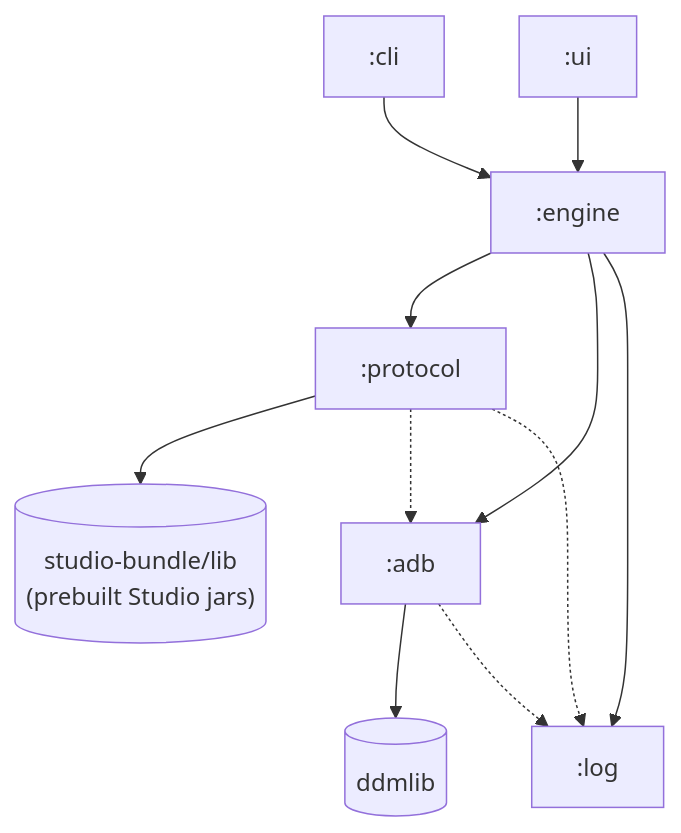
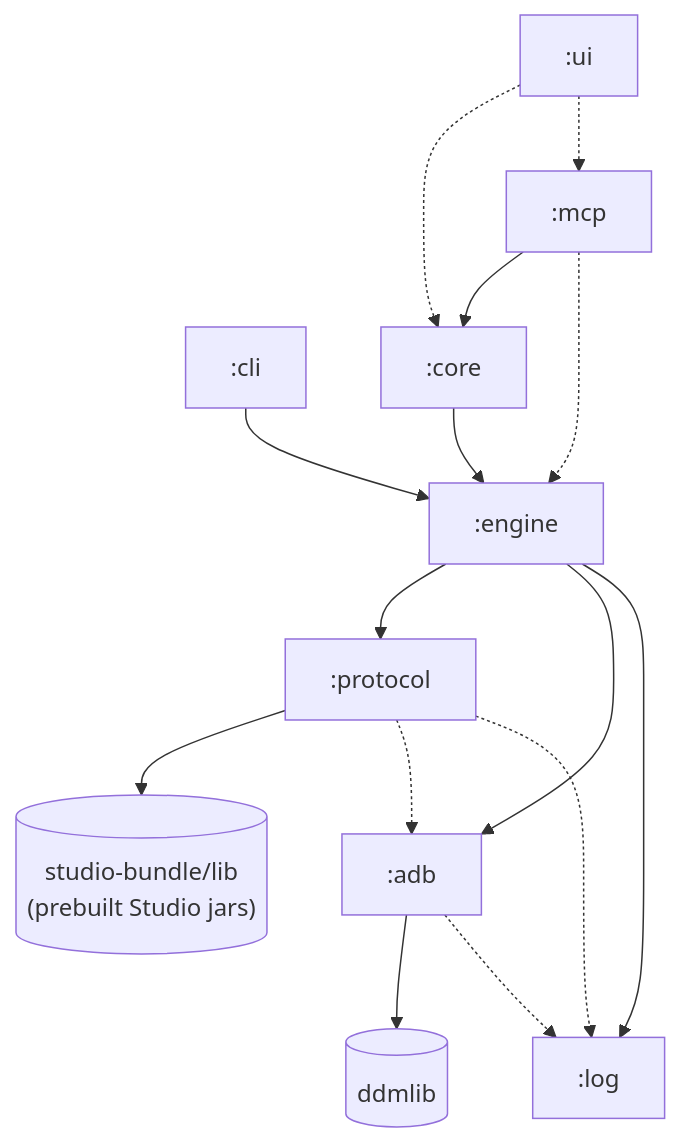
The diagram in README.md (jisungbin/android-network-inspector), drawn with Mermaid before and after one commit. The commit also changed other lines of this file and 42 other files, not shown here.

First line of the commit message:
Extract core and mcp modules and split the AppStore god object into controllers

````diff
--- a/README.md
+++ b/README.md
@@ -164,22 +166,28 @@
 ```mermaid
 flowchart TD
     cli[":cli"]
     ui[":ui"]
+    mcp[":mcp"]
+    core[":core"]
     engine[":engine"]
     protocol[":protocol"]
     adb[":adb"]
     log[":log"]
     studio[("studio-bundle/lib<br/>(prebuilt Studio jars)")]
     ddmlib[("ddmlib")]
 
     cli --> engine
-    ui --> engine
+    ui -.-> core
+    ui -.-> mcp
+    mcp --> core
+    mcp -.-> engine
+    core --> engine
     engine --> protocol
     engine --> adb
     engine --> log
     protocol --> studio
     protocol -.-> adb
     protocol -.-> log
     adb --> ddmlib
     adb -.-> log
 ```
````
